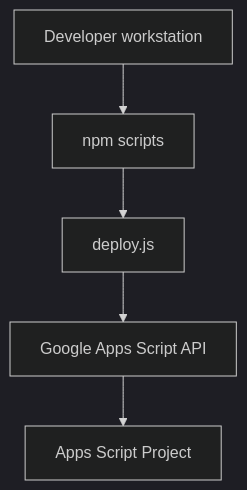
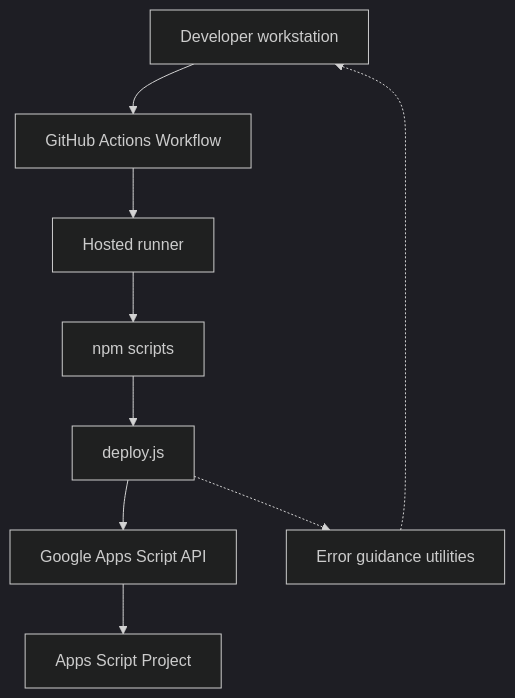
One commit to muyueh/GAS changed the fourth of 5 diagrams in README.md. Above: the diagram before and after it, drawn with Mermaid (dark theme). The commit also changed other lines of this file and 2 other files, not shown here.

Commit message:
Improve Apps Script deploy diagnostics

````diff
--- a/README.md
+++ b/README.md
@@ -42,13 +76,20 @@
 ```mermaid
 graph TD
     Dev[Developer workstation]
+    GH[GitHub Actions Workflow]
+    Runner[Hosted runner]
     NPM[npm scripts]
     Deploy[deploy.js]
+    Diagnostics[Error guidance utilities]
     GASAPI[Google Apps Script API]
     Project[Apps Script Project]
 
-    Dev --> NPM
+    Dev --> GH
+    GH --> Runner
+    Runner --> NPM
     NPM --> Deploy
     Deploy --> GASAPI
+    Deploy -.-> Diagnostics
+    Diagnostics -.-> Dev
     GASAPI --> Project
 ```
````
